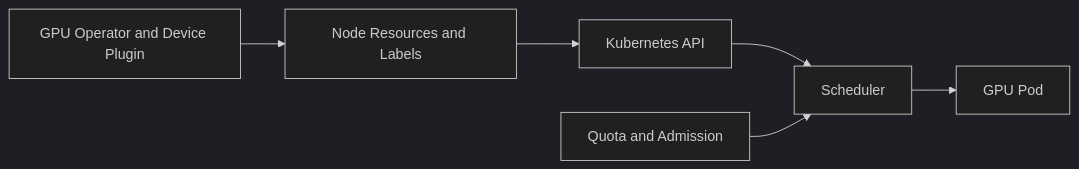
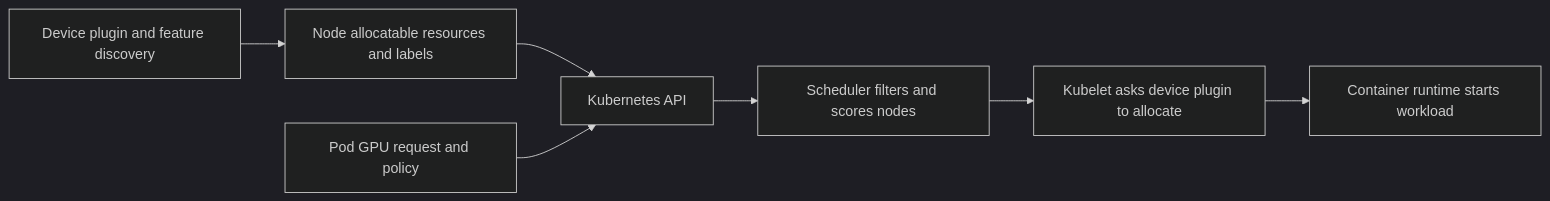
The diagram in docs/nvidia-zero-to-hero/volume-11/chapter-07-kubernetes-scheduling-for-shared-gpus.md (jithinpnjm/nvidia-devops), drawn with Mermaid (dark theme) before and after one commit. The commit also changed other lines of this file and 3 other files, not shown here.

Commit message:
docs: expand volume 11 architecture chapters

````diff
--- a/docs/nvidia-zero-to-hero/volume-11/chapter-07-kubernetes-scheduling-for-shared-gpus.md
+++ b/docs/nvidia-zero-to-hero/volume-11/chapter-07-kubernetes-scheduling-for-shared-gpus.md
@@ -14,12 +32,12 @@
 ```mermaid
 flowchart LR
-    Operator[GPU Operator and Device Plugin]
-    Node[Node Resources and Labels]
+    Plugin[Device plugin and feature discovery]
+    Node[Node allocatable resources and labels]
+    Pod[Pod GPU request and policy]
     API[Kubernetes API]
-    Scheduler[Scheduler]
-    Policy[Quota and Admission]
-    Pod[GPU Pod]
-
-    Operator --> Node --> API --> Scheduler
-    Policy --> Scheduler --> Pod
+    S[Scheduler filters and scores nodes]
+    K[Kubelet asks device plugin to allocate]
+    C[Container runtime starts workload]
+    Plugin --> Node --> API
+    Pod --> API --> S --> K --> C
 ```
````
